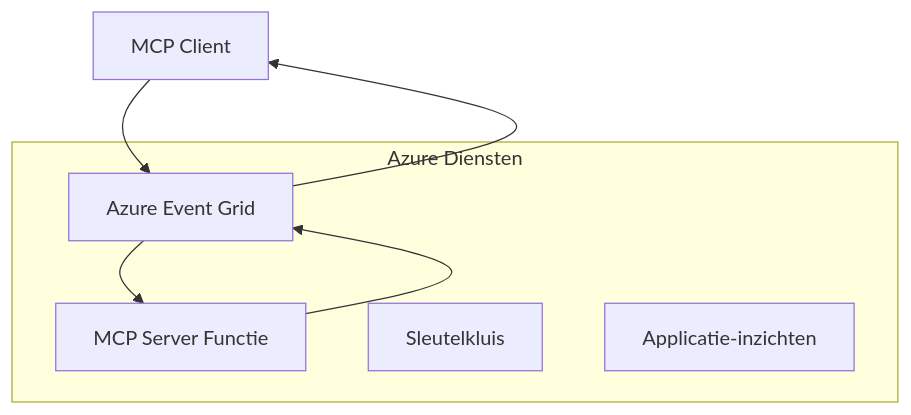
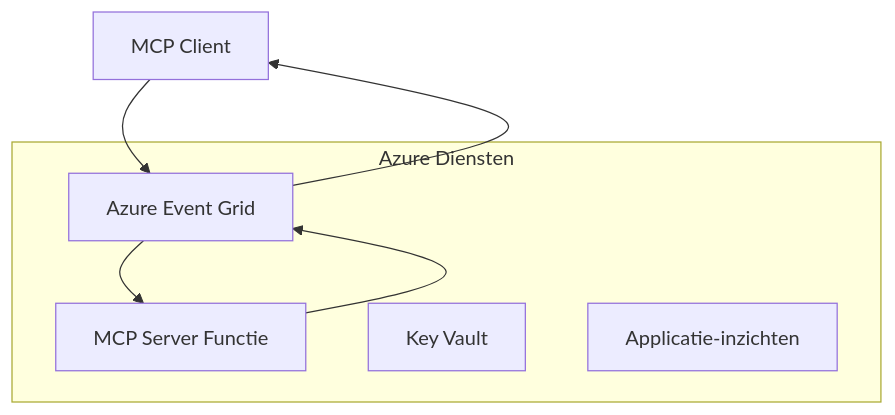
Before and after one commit to HIDORAKAI002/ai-workspace-archive: the first of 2 diagrams in mcp_ecosystem__model_context_protocol/mcp_learning_resources/mcp-for-beginners/translations/nl/05-AdvancedTopics/mcp-transport/README.md, drawn with Mermaid. The commit also changed other lines of this file and 1539 other files, not shown here.

````diff
--- a/mcp_ecosystem__model_context_protocol/mcp_learning_resources/mcp-for-beginners/translations/nl/05-AdvancedTopics/mcp-transport/README.md
+++ b/mcp_ecosystem__model_context_protocol/mcp_learning_resources/mcp-for-beginners/translations/nl/05-AdvancedTopics/mcp-transport/README.md
@@ -58,14 +58,14 @@
 ```mermaid
 graph TB
     Client[MCP Client] --> EG[Azure Event Grid]
     EG --> Server[MCP Server Functie]
     Server --> EG
     EG --> Client
     
     subgraph "Azure Diensten"
         EG
         Server
-        KV[Sleutelkluis]
+        KV[Key Vault]
         Monitor[Applicatie-inzichten]
     end
 ```
````
